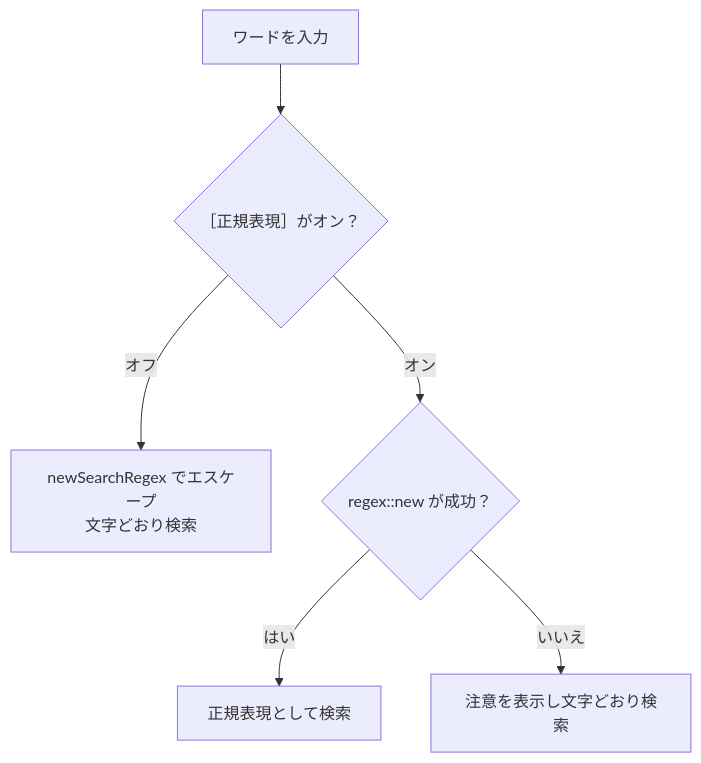
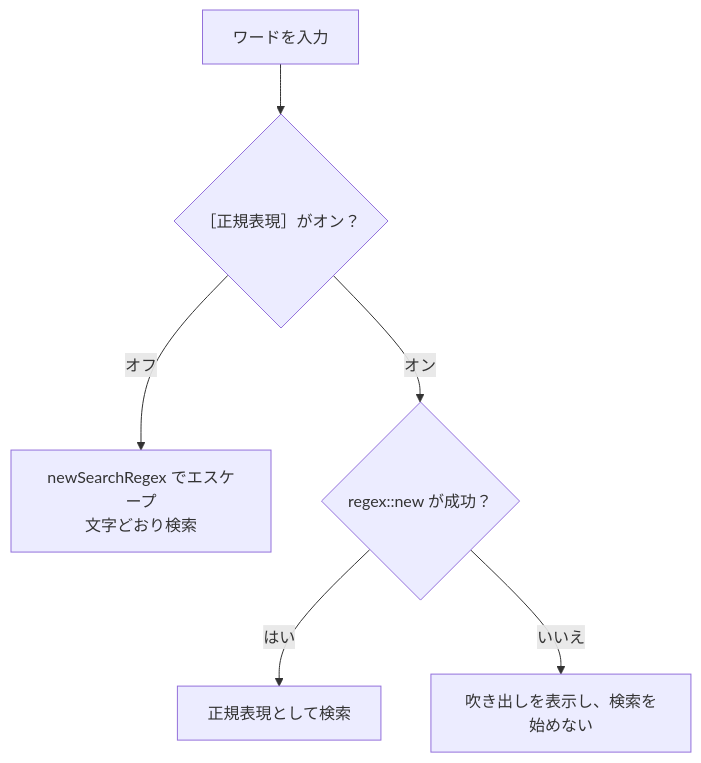
The second of 2 diagrams in docs/design/gui/search-tab.md (hsgwa/tebunko), drawn with Mermaid before and after one commit. The commit also changed other lines of this file and 14 other files, not shown here.

````diff
--- a/docs/design/gui/search-tab.md
+++ b/docs/design/gui/search-tab.md
@@ -54,8 +54,8 @@
 ```mermaid
 flowchart TD
     W["ワードを入力"] --> R{"［正規表現］がオン？"}
     R -- オフ --> E["newSearchRegex でエスケープ<br>文字どおり検索"]
     R -- オン --> V{"regex::new が成功？"}
     V -- はい --> Rx["正規表現として検索"]
-    V -- いいえ --> E2["注意を表示し文字どおり検索"]
+    V -- いいえ --> E2["吹き出しを表示し、検索を始めない"]
 ```
````
